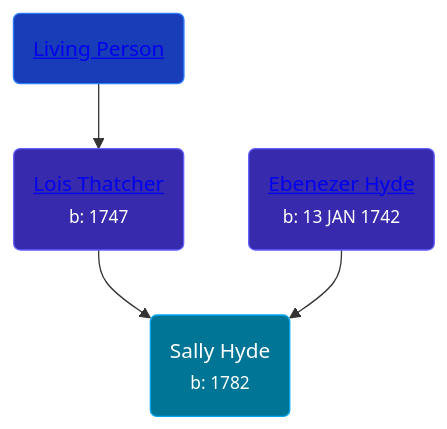
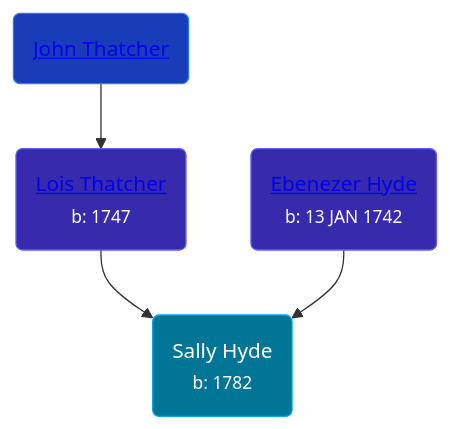
The diagram in pages/people/9/93954178.md (wpmgotkh/wpmgotkh.github.io), drawn with Mermaid before and after one commit. The commit also changed 586 other files, not shown here.

Commit message:
feat: better shouldConsiderPersonLiving algo

````diff
--- a/pages/people/9/93954178.md
+++ b/pages/people/9/93954178.md
@@ -11,10 +11,10 @@
 ```mermaid
 graph
 classDef grands fill:#193cb8,stroke:#2b7fff,stroke-width:1px,color:#fff;
 classDef parents fill:#372aac,stroke:#615fff,stroke-width:1px,color:#fff;
 classDef primary fill:#007595,stroke:#00a6f4,stroke-width:1px,color:#fff;
 93954178(Sally Hyde<br /><small>b: 1782</small>):::primary
 92113144(<a class="text-white" href="/people/9/92113144">Lois Thatcher</a><br /><small>b: 1747</small>):::parents-->93954178
-12715265(<a class="text-white" href="/people/1/12715265">Living Person</a>):::grands-->92113144
+12715265(<a class="text-white" href="/people/1/12715265">John Thatcher</a>):::grands-->92113144
 14535025(<a class="text-white" href="/people/1/14535025">Ebenezer Hyde</a><br /><small>b: 13 JAN 1742</small>):::parents-->93954178
 ```
````
